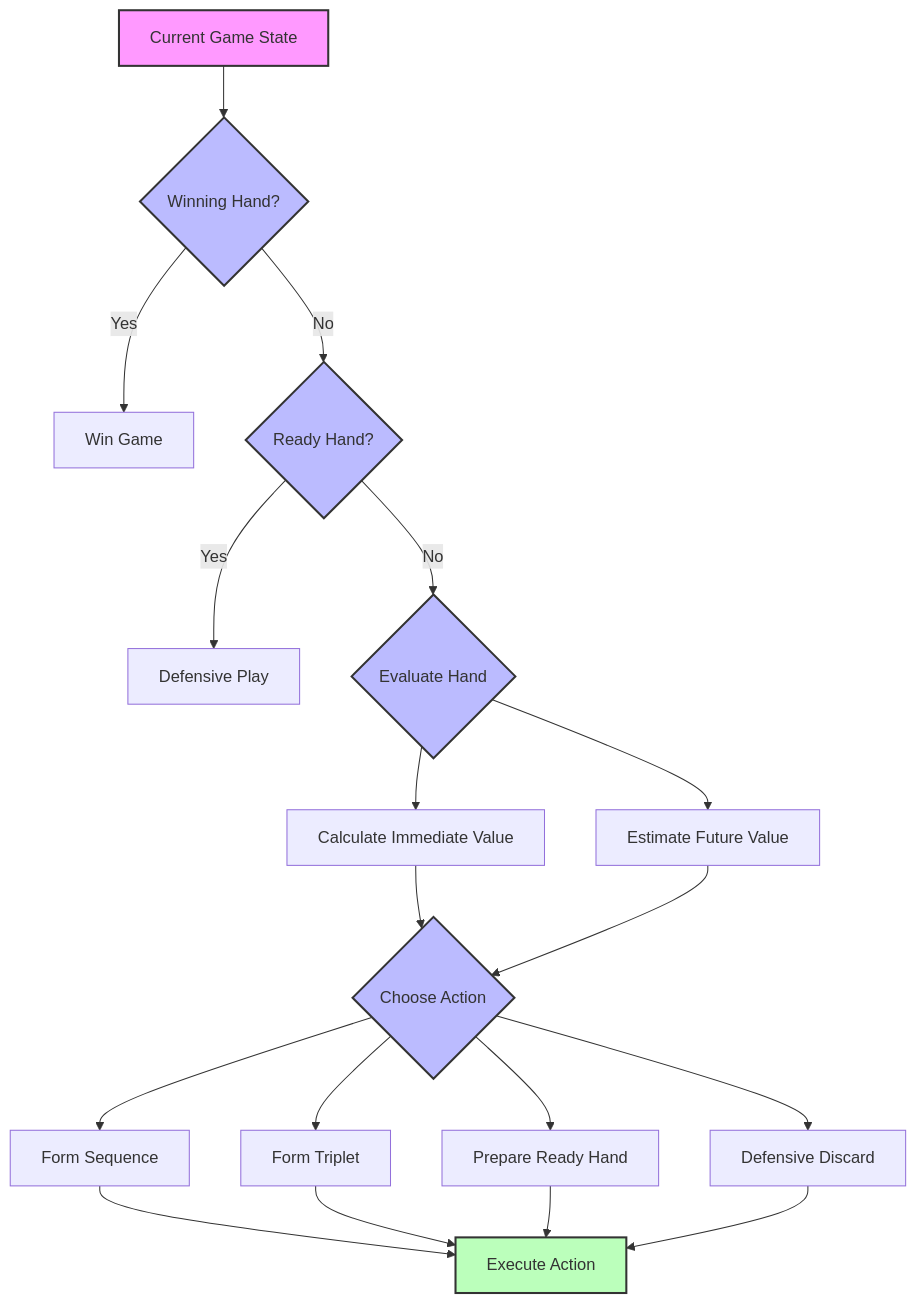
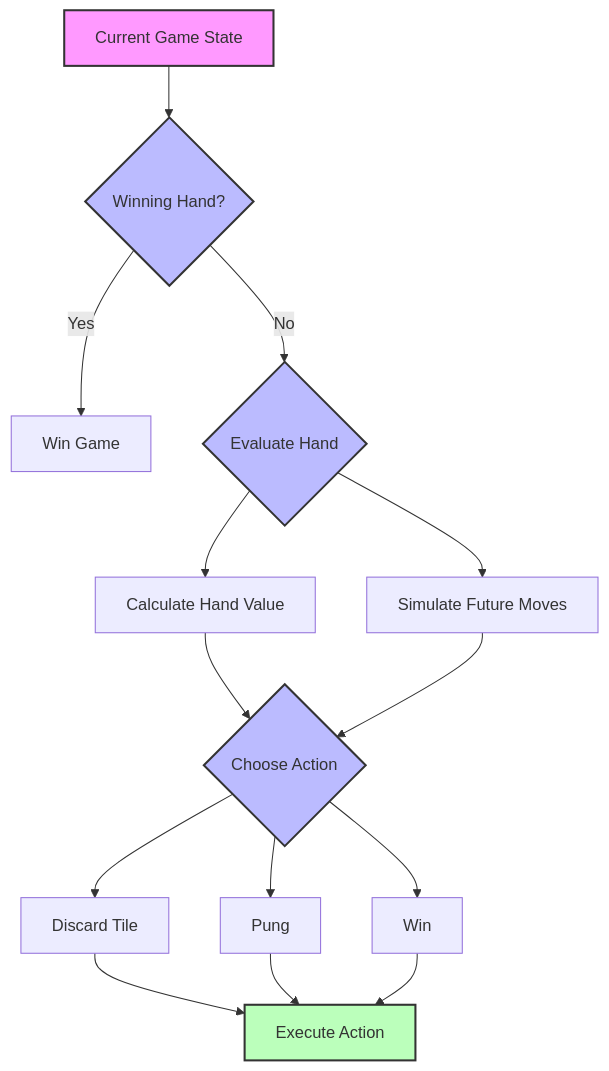
One commit to EconomicScienceInstitute/computational-economics-mahjong-yixuan changed the diagram in README.md. Above: the diagram before and after it, drawn with Mermaid. The commit also changed other lines of this file, not shown here.

````diff
--- a/README.md
+++ b/README.md
@@ -166,32 +115,26 @@
 ```mermaid
 flowchart TD
     A[Current Game State] --> B{Winning Hand?}
     B -->|Yes| C[Win Game]
-    B -->|No| D{Ready Hand?}
+    B -->|No| D{Evaluate Hand}
     
-    D -->|Yes| E[Defensive Play]
-    D -->|No| F{Evaluate Hand}
+    D --> E[Calculate Hand Value]
+    D --> F[Simulate Future Moves]
     
-    F --> G[Calculate Immediate Value]
-    F --> H[Estimate Future Value]
+    E --> G{Choose Action}
+    F --> G
     
-    G --> I{Choose Action}
-    H --> I
+    G --> H[Discard Tile]
+    G --> I[Pung]
+    G --> J[Win]
     
-    I --> J[Form Sequence]
-    I --> K[Form Triplet]
-    I --> L[Prepare Ready Hand]
-    I --> M[Defensive Discard]
-    
-    J --> N[Execute Action]
-    K --> N
-    L --> N
-    M --> N
+    H --> K[Execute Action]
+    I --> K
+    J --> K
     
     style A fill:#f9f,stroke:#333,stroke-width:2px
     style B fill:#bbf,stroke:#333,stroke-width:2px
     style D fill:#bbf,stroke:#333,stroke-width:2px
-    style F fill:#bbf,stroke:#333,stroke-width:2px
-    style I fill:#bbf,stroke:#333,stroke-width:2px
-    style N fill:#bfb,stroke:#333,stroke-width:2px
+    style G fill:#bbf,stroke:#333,stroke-width:2px
+    style K fill:#bfb,stroke:#333,stroke-width:2px
 ```
````
